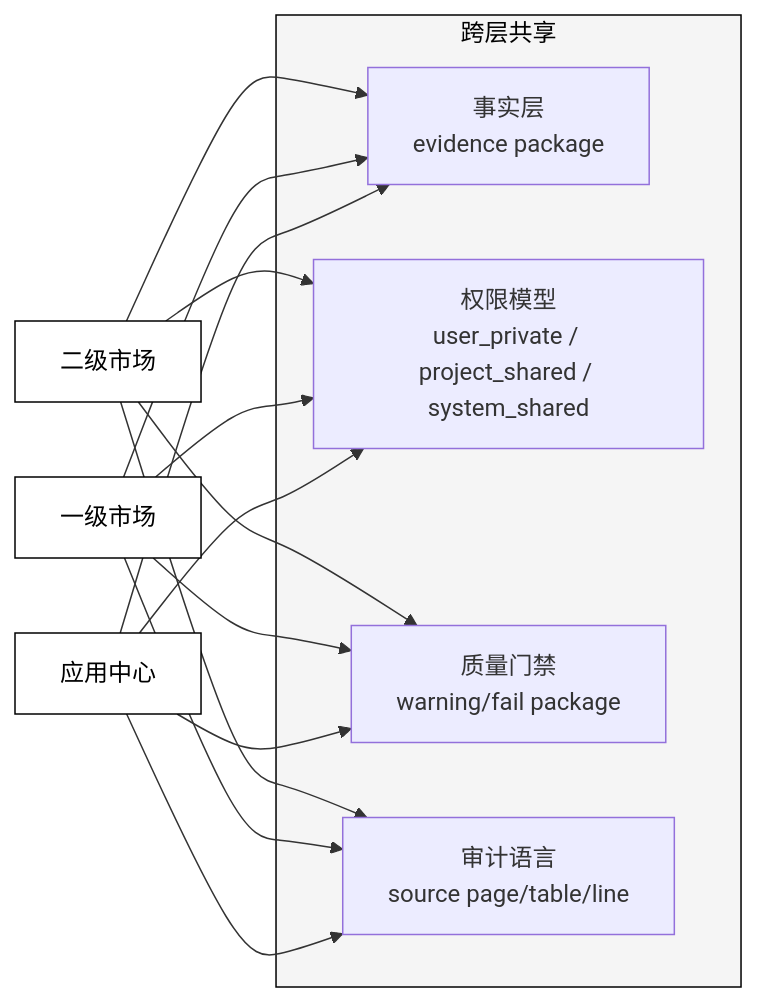
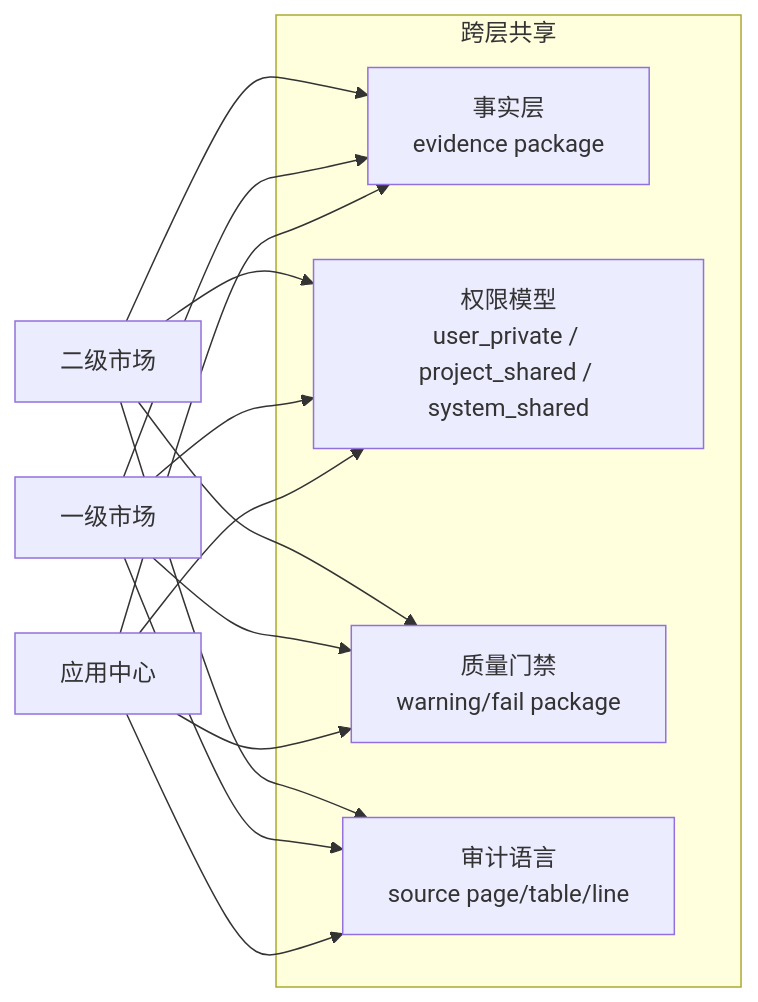
One commit to maoyadongsh/siq-research-engine changed the third of 3 diagrams in docs/site/architecture/overview.md. Above: the diagram before and after it, drawn with Mermaid. The commit also changed other lines of this file and 5 other files, not shown here.

First line of the commit message:
docs: make mermaid diagrams theme-aware for dark mode

````diff
--- a/docs/site/architecture/overview.md
+++ b/docs/site/architecture/overview.md
@@ -170,27 +163,23 @@
 ```mermaid
 graph LR
     subgraph Shared["跨层共享"]
         S1[事实层<br/>evidence package]
         S2[权限模型<br/>user_private / project_shared / system_shared]
         S3[质量门禁<br/>warning/fail package]
         S4[审计语言<br/>source page/table/line]
     end
 
     P1[二级市场] --> S1
     P1 --> S2
     P1 --> S3
     P1 --> S4
     P2[一级市场] --> S1
     P2 --> S2
     P2 --> S3
     P2 --> S4
     P3[应用中心] --> S1
     P3 --> S2
     P3 --> S3
     P3 --> S4
 
-    style Shared fill:#f5f5f5,stroke:#000,color:#000
-    style P1 fill:#fff,stroke:#000,color:#000
-    style P2 fill:#fff,stroke:#000,color:#000
-    style P3 fill:#fff,stroke:#000,color:#000
 ```
````
